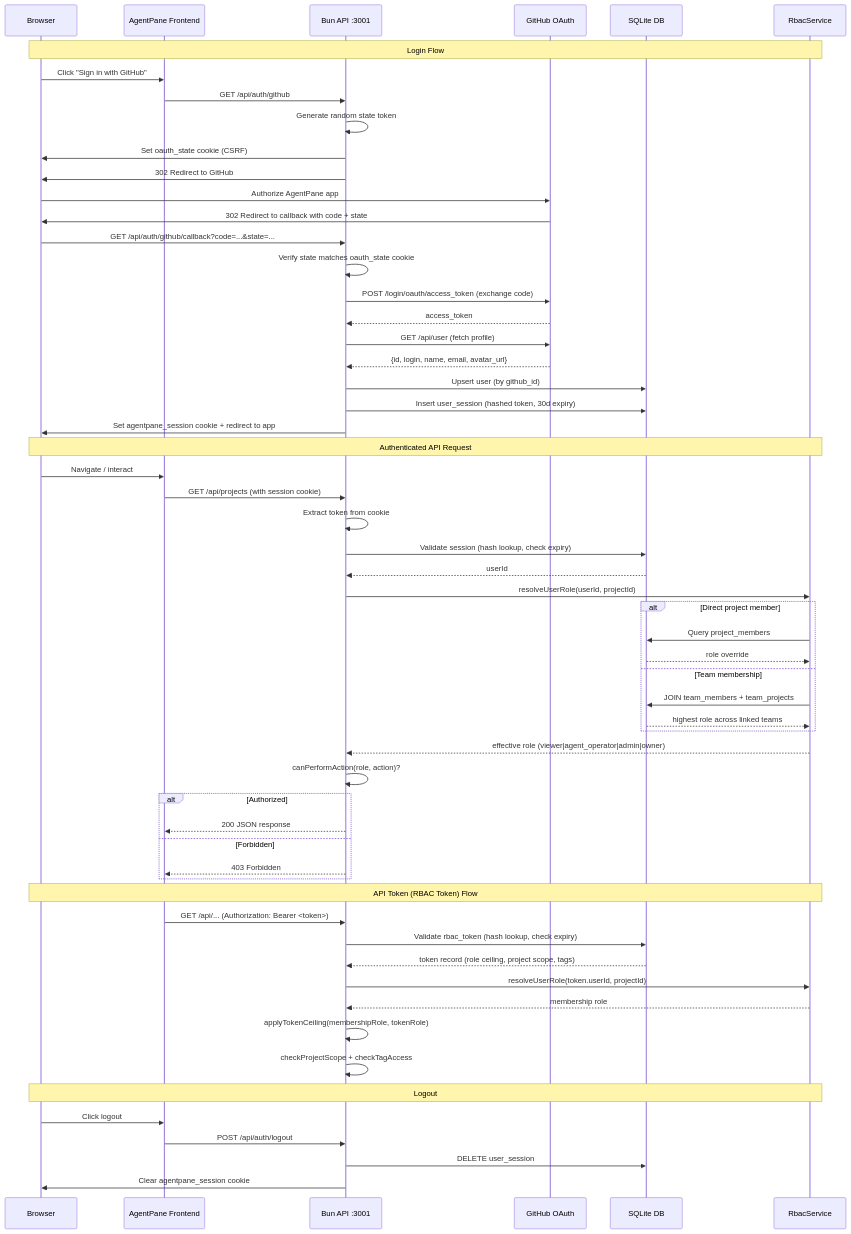
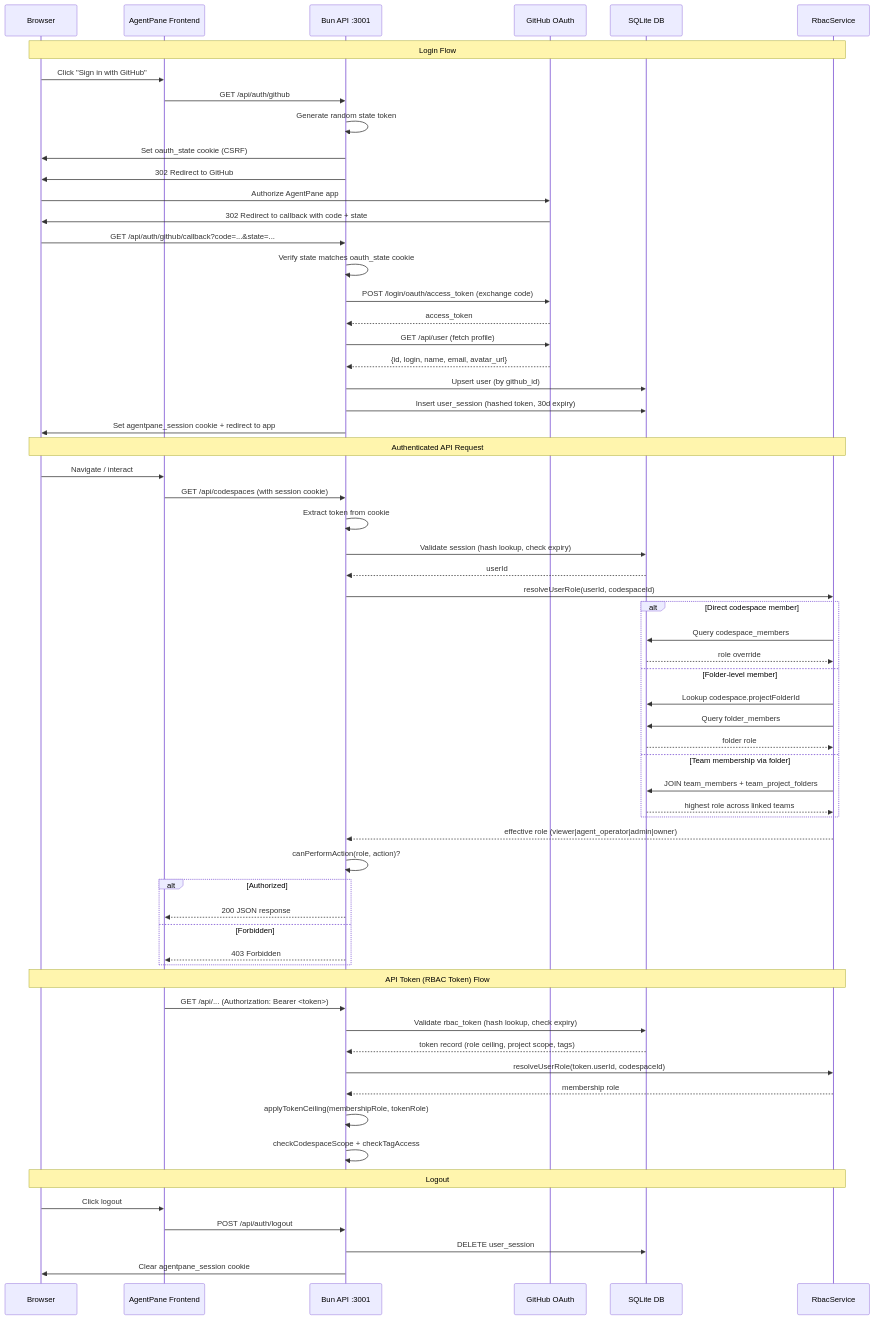
One commit to agentdevsl/agentpane changed the diagram in specs/diagrams/08-authentication-flow.md. Above: the diagram before and after it, drawn with Mermaid. The commit also changed other lines of this file and 17 other files, not shown here.

First line of the commit message:
docs: update all diagrams and READMEs for PRs #108-#112

````diff
--- a/specs/diagrams/08-authentication-flow.md
+++ b/specs/diagrams/08-authentication-flow.md
@@ -5,76 +5,80 @@
 ```mermaid
 sequenceDiagram
     participant User as Browser
     participant App as AgentPane Frontend
     participant API as Bun API :3001
     participant GH as GitHub OAuth
     participant DB as SQLite DB
     participant RBAC as RbacService
 
     Note over User,RBAC: Login Flow
 
     User->>App: Click "Sign in with GitHub"
     App->>API: GET /api/auth/github
     API->>API: Generate random state token
     API->>User: Set oauth_state cookie (CSRF)
     API->>User: 302 Redirect to GitHub
 
     User->>GH: Authorize AgentPane app
     GH->>User: 302 Redirect to callback with code + state
 
     User->>API: GET /api/auth/github/callback?code=...&state=...
     API->>API: Verify state matches oauth_state cookie
     API->>GH: POST /login/oauth/access_token (exchange code)
     GH-->>API: access_token
 
     API->>GH: GET /api/user (fetch profile)
     GH-->>API: {id, login, name, email, avatar_url}
 
     API->>DB: Upsert user (by github_id)
     API->>DB: Insert user_session (hashed token, 30d expiry)
     API->>User: Set agentpane_session cookie + redirect to app
 
     Note over User,RBAC: Authenticated API Request
 
     User->>App: Navigate / interact
-    App->>API: GET /api/projects (with session cookie)
+    App->>API: GET /api/codespaces (with session cookie)
     API->>API: Extract token from cookie
     API->>DB: Validate session (hash lookup, check expiry)
     DB-->>API: userId
 
-    API->>RBAC: resolveUserRole(userId, projectId)
+    API->>RBAC: resolveUserRole(userId, codespaceId)
 
-    alt Direct project member
-        RBAC->>DB: Query project_members
+    alt Direct codespace member
+        RBAC->>DB: Query codespace_members
         DB-->>RBAC: role override
-    else Team membership
-        RBAC->>DB: JOIN team_members + team_projects
+    else Folder-level member
+        RBAC->>DB: Lookup codespace.projectFolderId
+        RBAC->>DB: Query folder_members
+        DB-->>RBAC: folder role
+    else Team membership via folder
+        RBAC->>DB: JOIN team_members + team_project_folders
         DB-->>RBAC: highest role across linked teams
     end
 
     RBAC-->>API: effective role (viewer|agent_operator|admin|owner)
     API->>API: canPerformAction(role, action)?
 
     alt Authorized
         API-->>App: 200 JSON response
     else Forbidden
         API-->>App: 403 Forbidden
     end
 
     Note over User,RBAC: API Token (RBAC Token) Flow
 
     App->>API: GET /api/... (Authorization: Bearer <token>)
     API->>DB: Validate rbac_token (hash lookup, check expiry)
     DB-->>API: token record (role ceiling, project scope, tags)
-    API->>RBAC: resolveUserRole(token.userId, projectId)
+    API->>RBAC: resolveUserRole(token.userId, codespaceId)
     RBAC-->>API: membership role
     API->>API: applyTokenCeiling(membershipRole, tokenRole)
-    API->>API: checkProjectScope + checkTagAccess
+    API->>API: checkCodespaceScope + checkTagAccess
 
     Note over User,RBAC: Logout
 
     User->>App: Click logout
     App->>API: POST /api/auth/logout
     API->>DB: DELETE user_session
     API->>User: Clear agentpane_session cookie
 ```
````
